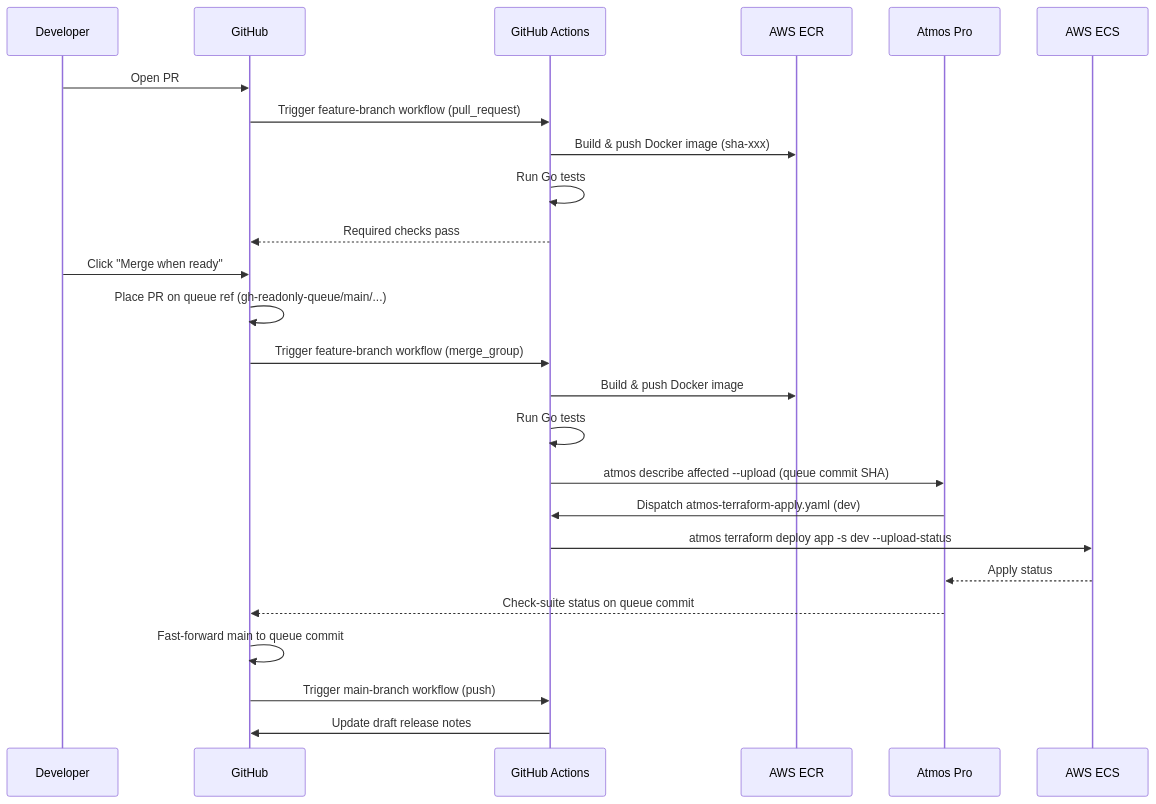
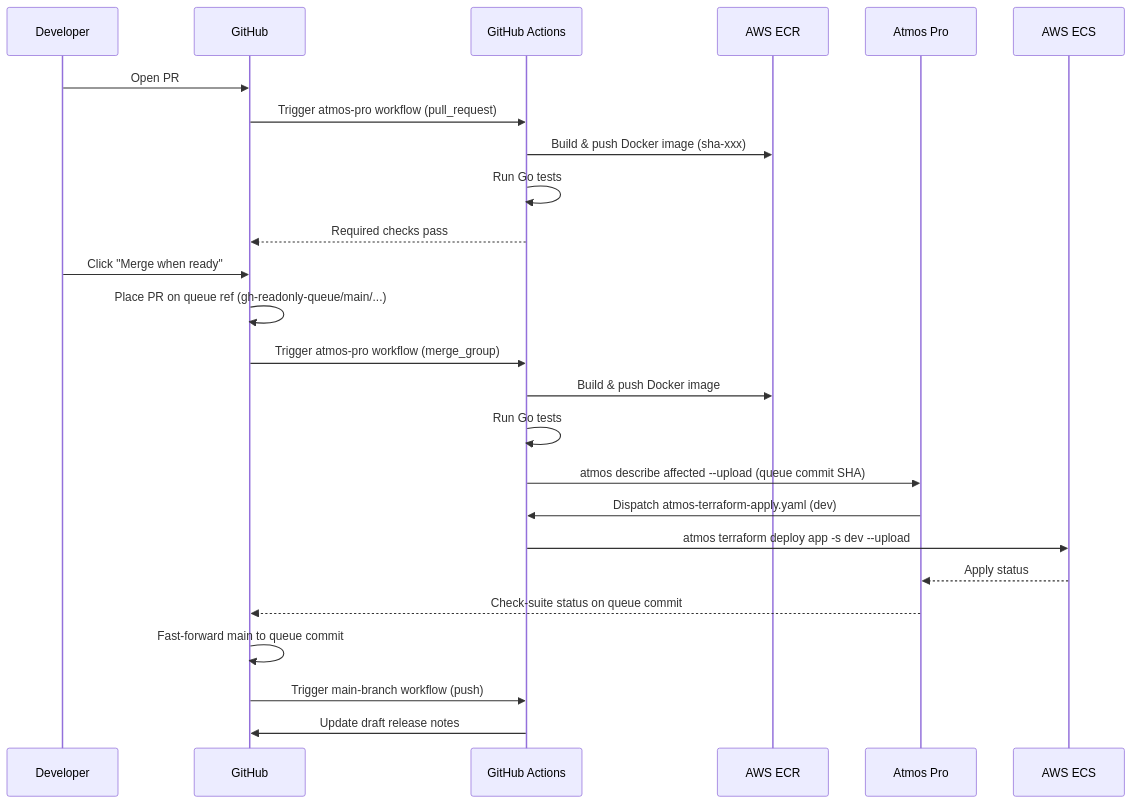
The first of 5 diagrams in .github/workflows/README.md (cloudposse-examples/atmos-pro-with-ecs), drawn with Mermaid before and after one commit. The commit also changed other lines of this file and 7 other files, not shown here.

First line of the commit message:
Modernize Atmos Pro workflows to canonical pattern

````diff
--- a/.github/workflows/README.md
+++ b/.github/workflows/README.md
@@ -49,28 +49,28 @@
 ```mermaid
 sequenceDiagram
     participant Dev as Developer
     participant GH as GitHub
     participant GA as GitHub Actions
     participant ECR as AWS ECR
     participant AP as Atmos Pro
     participant ECS as AWS ECS
 
     Dev->>GH: Open PR
-    GH->>GA: Trigger feature-branch workflow (pull_request)
+    GH->>GA: Trigger atmos-pro workflow (pull_request)
     GA->>ECR: Build & push Docker image (sha-xxx)
     GA->>GA: Run Go tests
     GA-->>GH: Required checks pass
     Dev->>GH: Click "Merge when ready"
     GH->>GH: Place PR on queue ref (gh-readonly-queue/main/...)
-    GH->>GA: Trigger feature-branch workflow (merge_group)
+    GH->>GA: Trigger atmos-pro workflow (merge_group)
     GA->>ECR: Build & push Docker image
     GA->>GA: Run Go tests
     GA->>AP: atmos describe affected --upload (queue commit SHA)
     AP->>GA: Dispatch atmos-terraform-apply.yaml (dev)
-    GA->>ECS: atmos terraform deploy app -s dev --upload-status
+    GA->>ECS: atmos terraform deploy app -s dev --upload
     ECS-->>AP: Apply status
     AP-->>GH: Check-suite status on queue commit
     GH->>GH: Fast-forward main to queue commit
     GH->>GA: Trigger main-branch workflow (push)
     GA->>GH: Update draft release notes
 ```
````
